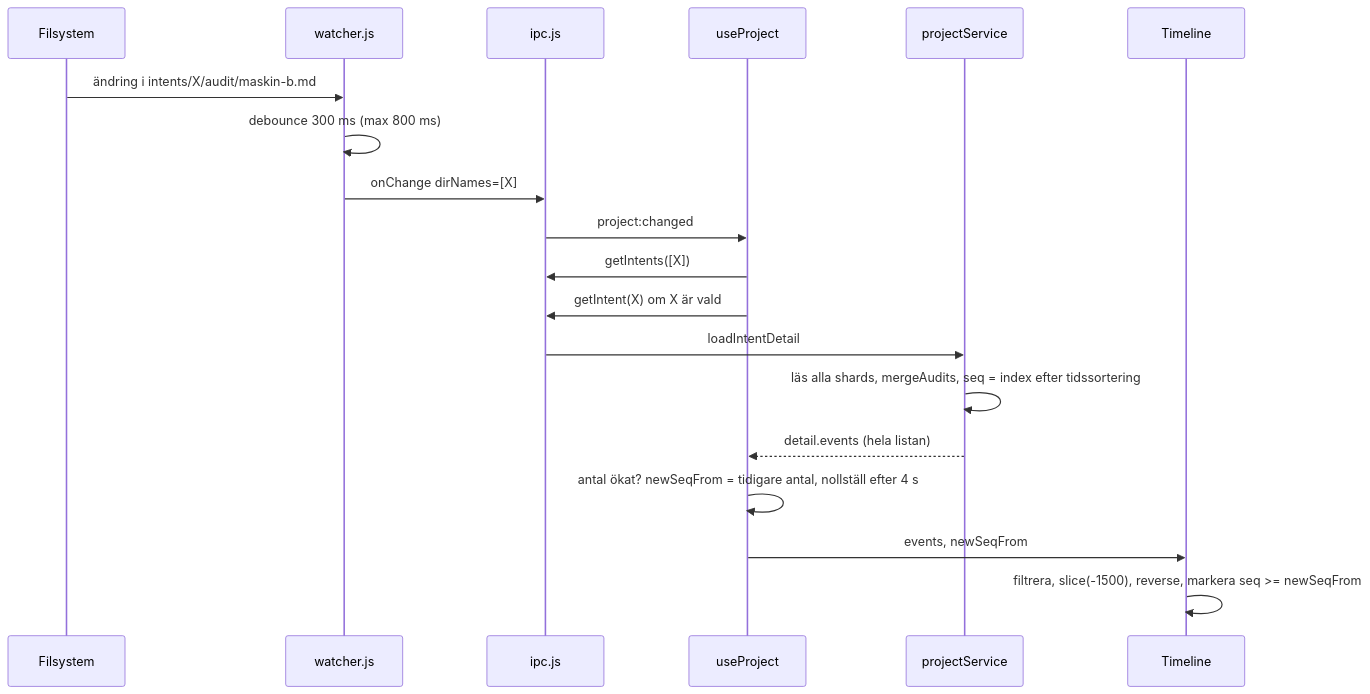
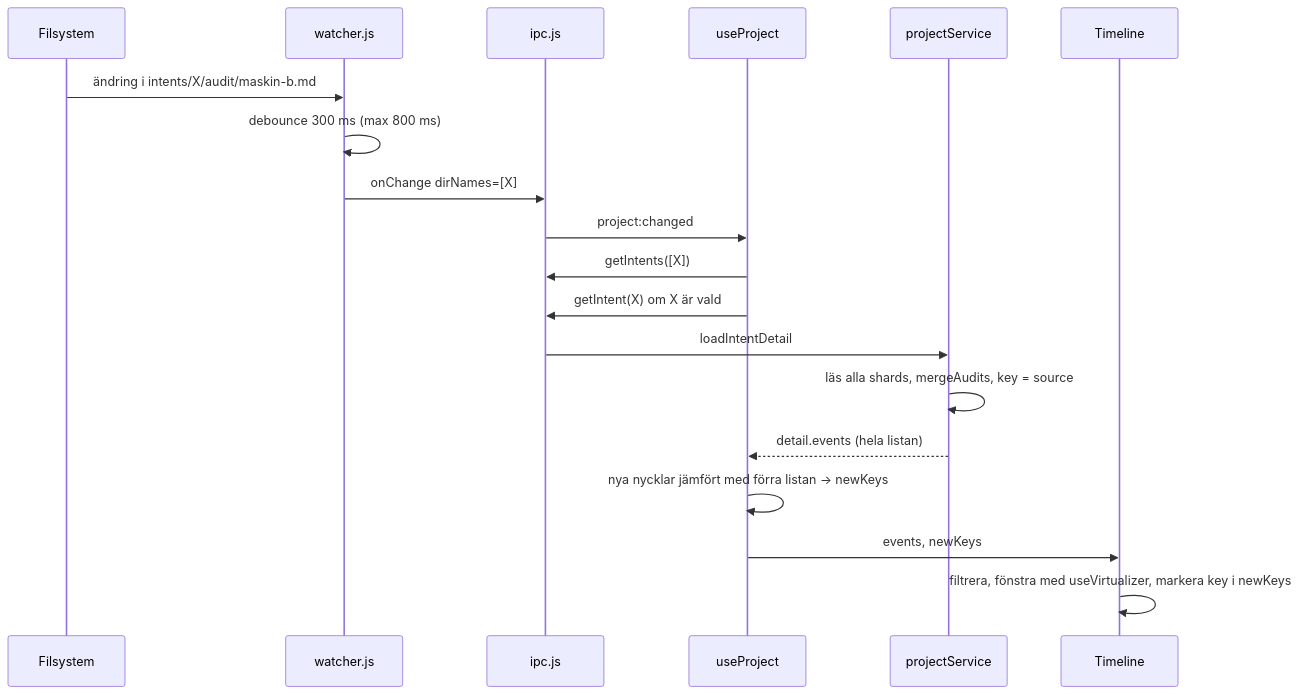
Before and after one commit to tochman/ai-dlc-thadeus: the third of 5 diagrams in aidlc/spaces/default/codekb/aidlc-dash/architecture.md, drawn with Mermaid. The commit also changed other lines of this file and 64 other files, not shown here.

````diff
--- a/aidlc/spaces/default/codekb/aidlc-dash/architecture.md
+++ b/aidlc/spaces/default/codekb/aidlc-dash/architecture.md
@@ -120,21 +135,21 @@
 ```mermaid
 sequenceDiagram
   participant FS as Filsystem
   participant W as watcher.js
   participant I as ipc.js
   participant UP as useProject
   participant S as projectService
   participant TL as Timeline
   FS->>W: ändring i intents/X/audit/maskin-b.md
   W->>W: debounce 300 ms (max 800 ms)
   W->>I: onChange dirNames=[X]
   I->>UP: project:changed
   UP->>I: getIntents([X])
   UP->>I: getIntent(X) om X är vald
   I->>S: loadIntentDetail
-  S->>S: läs alla shards, mergeAudits, seq = index efter tidssortering
+  S->>S: läs alla shards, mergeAudits, key = source#index
   S-->>UP: detail.events (hela listan)
-  UP->>UP: antal ökat? newSeqFrom = tidigare antal, nollställ efter 4 s
-  UP->>TL: events, newSeqFrom
-  TL->>TL: filtrera, slice(-1500), reverse, markera seq >= newSeqFrom
+  UP->>UP: nya nycklar jämfört med förra listan -> newKeys
+  UP->>TL: events, newKeys
+  TL->>TL: filtrera, fönstra med useVirtualizer, markera key i newKeys
 ```
````
